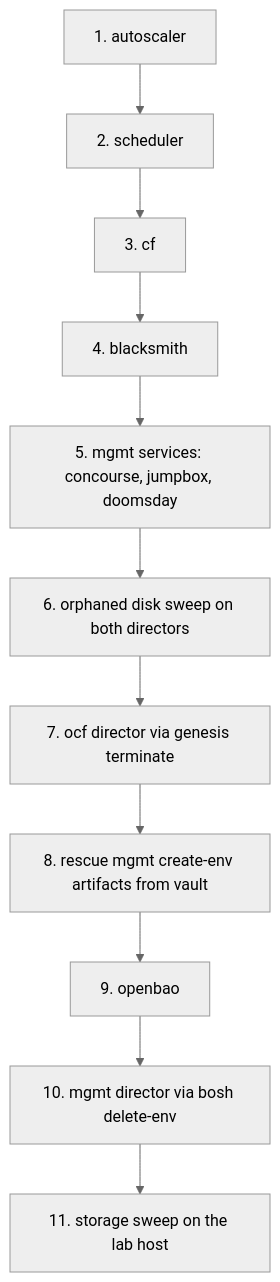
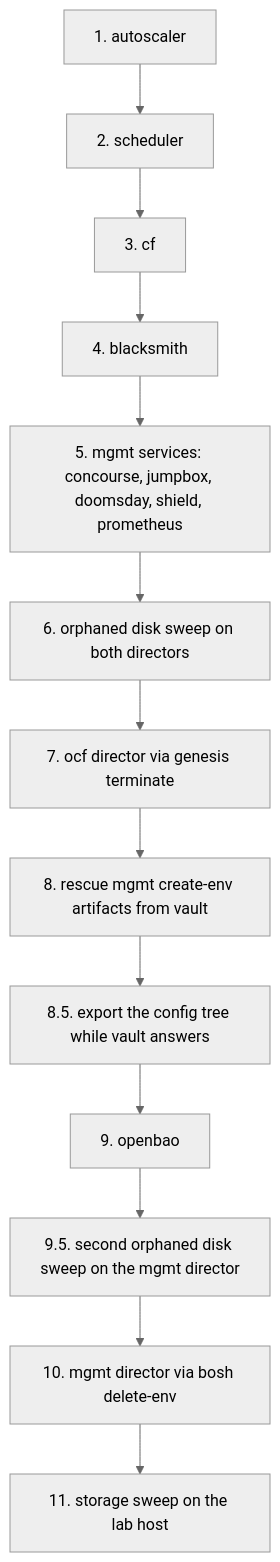
The diagram in docs/runbooks/pve/13-teardown.md (fivetwenty-io/ocfp-cli), drawn with Mermaid (neutral theme) before and after one commit. The commit also changed other lines of this file and 13 other files, not shown here.

````diff
--- a/docs/runbooks/pve/13-teardown.md
+++ b/docs/runbooks/pve/13-teardown.md
@@ -28,13 +15,15 @@
 ```mermaid
 flowchart TD
     A[1. autoscaler] --> B[2. scheduler]
     B --> C[3. cf]
     C --> D[4. blacksmith]
-    D --> E[5. mgmt services: concourse, jumpbox, doomsday]
+    D --> E[5. mgmt services: concourse, jumpbox, doomsday, shield, prometheus]
     E --> F[6. orphaned disk sweep on both directors]
     F --> G[7. ocf director via genesis terminate]
     G --> H[8. rescue mgmt create-env artifacts from vault]
-    H --> I[9. openbao]
-    I --> J[10. mgmt director via bosh delete-env]
+    H --> H2[8.5. export the config tree while vault answers]
+    H2 --> I[9. openbao]
+    I --> I2[9.5. second orphaned disk sweep on the mgmt director]
+    I2 --> J[10. mgmt director via bosh delete-env]
     J --> K[11. storage sweep on the lab host]
 ```
````
